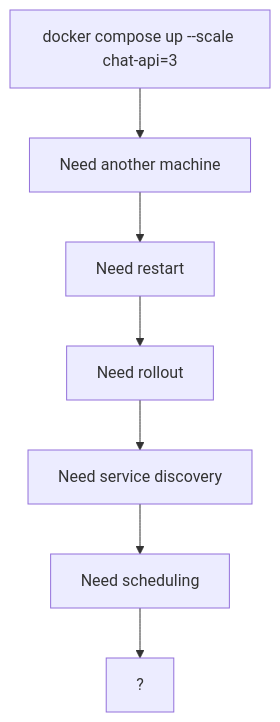
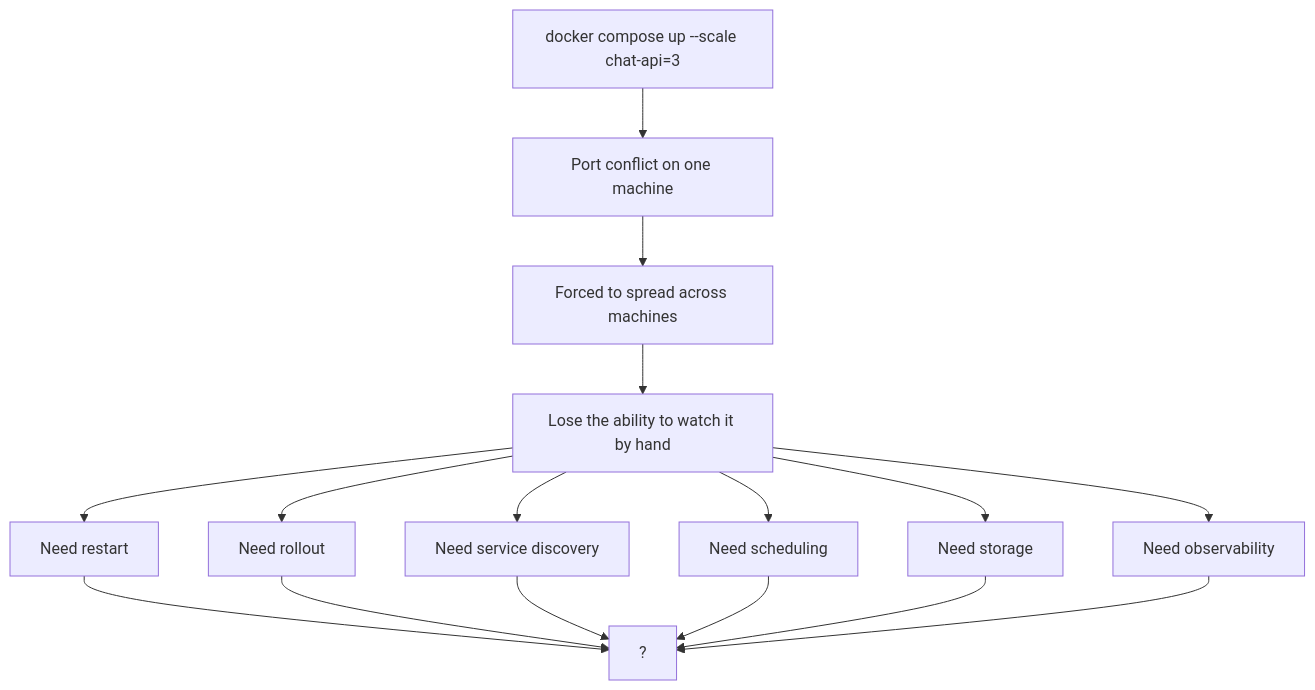
Before and after one commit to khapu2906/K8s-Odyssey: the diagram in handbook/part-01-foundation/ch01-the-big-picture.md, drawn with Mermaid. The commit also changed other lines of this file and 2 other files, not shown here.

````diff
--- a/handbook/part-01-foundation/ch01-the-big-picture.md
+++ b/handbook/part-01-foundation/ch01-the-big-picture.md
@@ -90,9 +224,18 @@
 ```mermaid
 flowchart TD
-    A[docker compose up --scale chat-api=3] --> B[Need another machine]
-    B --> C[Need restart]
-    C --> D[Need rollout]
-    D --> E[Need service discovery]
-    E --> F[Need scheduling]
-    F --> G["?"]
+    A[docker compose up --scale chat-api=3] --> M[Port conflict on one machine]
+    M --> X[Forced to spread across machines]
+    X --> Y[Lose the ability to watch it by hand]
+    Y --> C[Need restart]
+    Y --> D[Need rollout]
+    Y --> E[Need service discovery]
+    Y --> F[Need scheduling]
+    Y --> G[Need storage]
+    Y --> H[Need observability]
+    C --> I["?"]
+    D --> I
+    E --> I
+    F --> I
+    G --> I
+    H --> I
 ```
````
